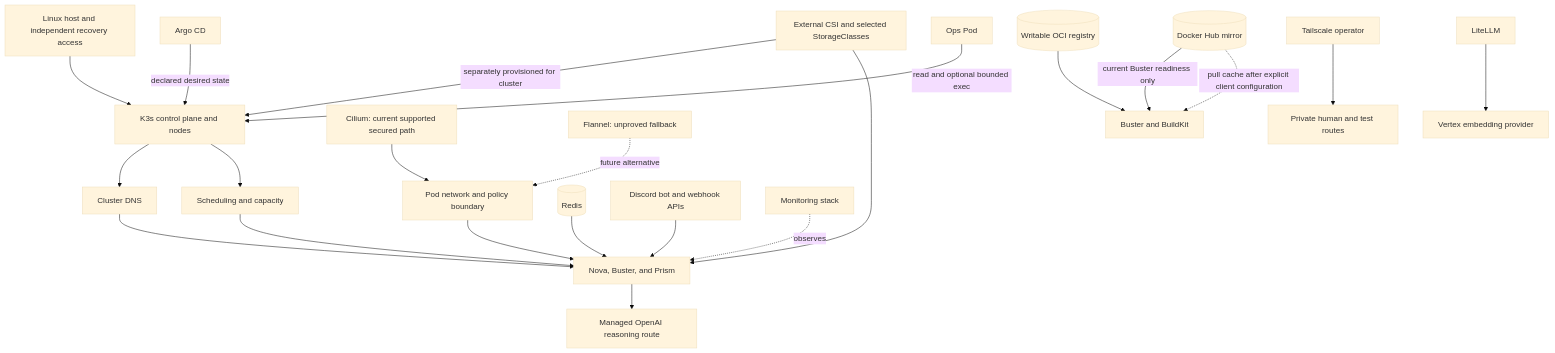
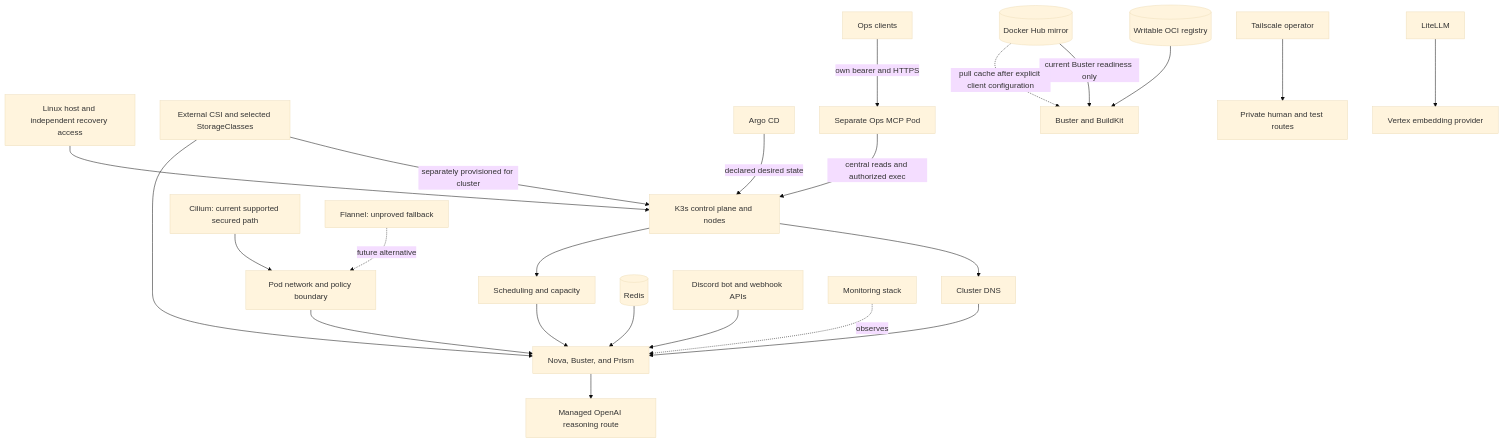
The diagram in docs/site/understand/platform-and-operations.md (datrab/kubeclaw), drawn with Mermaid (base theme) before and after one commit. The commit also changed other lines of this file and 16 other files, not shown here.

Commit message:
docs: update central Ops MCP and native agent access from deployed main

````diff
--- a/docs/site/understand/platform-and-operations.md
+++ b/docs/site/understand/platform-and-operations.md
@@ -63,24 +64,25 @@
 ```mermaid
 flowchart TB
     Host[Linux host and independent recovery access] --> K3s[K3s control plane and nodes]
     K3s --> DNS[Cluster DNS]
     Storage[External CSI and selected StorageClasses] -->|separately provisioned for cluster| K3s
     K3s --> Scheduler[Scheduling and capacity]
     Cilium[Cilium: current supported secured path] --> Network[Pod network and policy boundary]
     Flannel[Flannel: unproved fallback] -. future alternative .-> Network
     Argo[Argo CD] -->|declared desired state| K3s
     DNS --> Runtime[Nova, Buster, and Prism]
     Storage --> Runtime
     Scheduler --> Runtime
     Network --> Runtime
     Redis[(Redis)] --> Runtime
     Registry[(Writable OCI registry)] --> Buster[Buster and BuildKit]
     Mirror[(Docker Hub mirror)] -->|current Buster readiness only| Buster
     Mirror -.->|pull cache after explicit client configuration| Buster
     Tail[Tailscale operator] --> Entry[Private human and test routes]
     Lite[LiteLLM] --> Vertex[Vertex embedding provider]
     Runtime --> OpenAI[Managed OpenAI reasoning route]
     Discord[Discord bot and webhook APIs] --> Runtime
-    Ops[Ops Pod] -->|read and optional bounded exec| K3s
+    Ops[Ops clients] -->|own bearer and HTTPS| MCP[Separate Ops MCP Pod]
+    MCP -->|central reads and authorized exec| K3s
     Monitor[Monitoring stack] -. observes .-> Runtime
 ```
````
